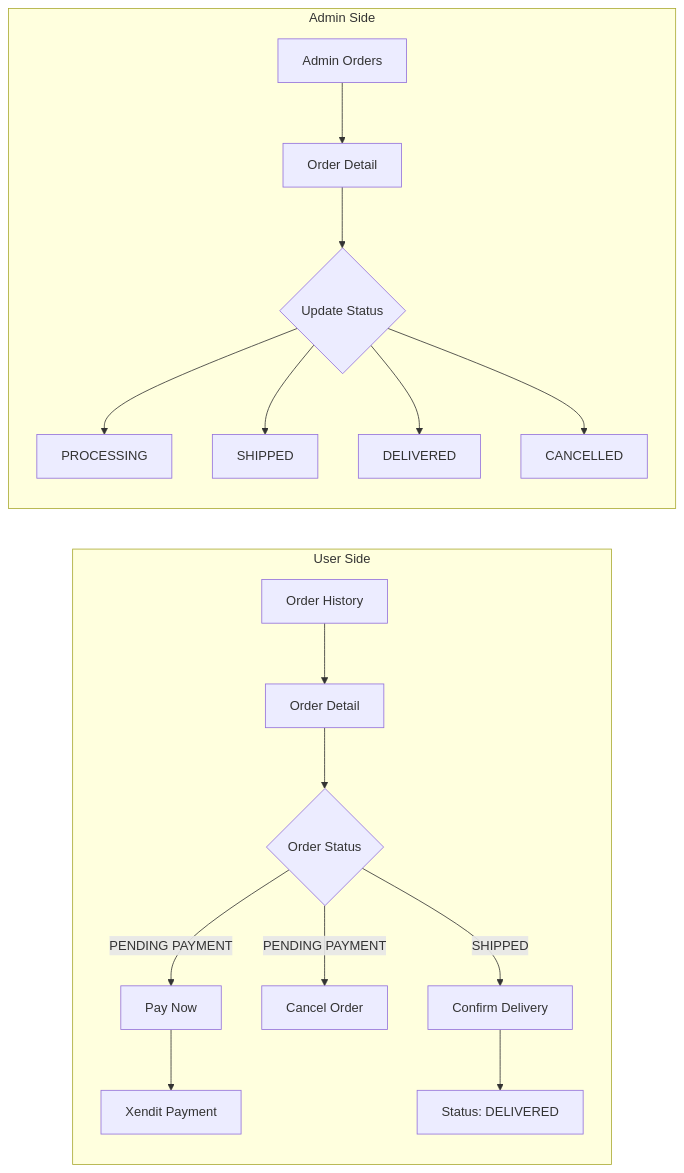
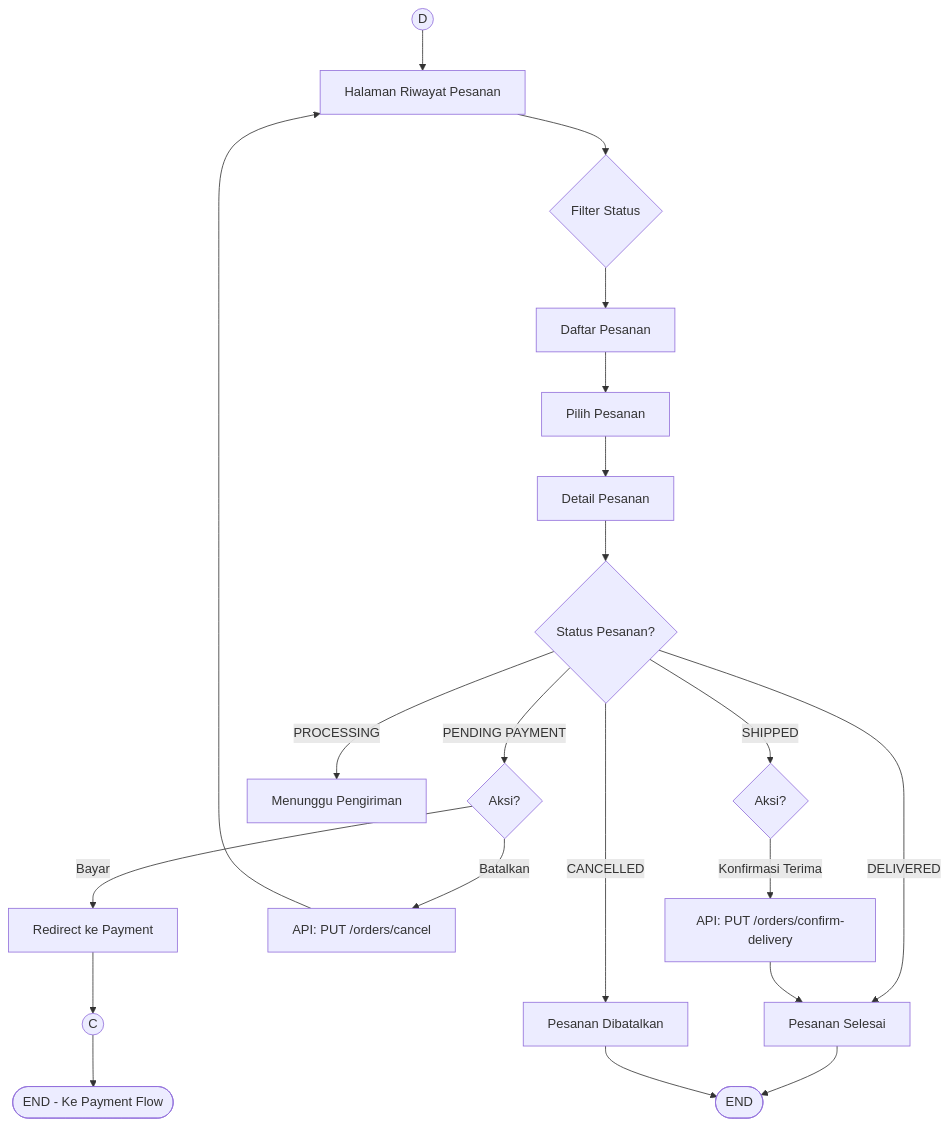
One commit to Wannzh/greeceri-store-fe changed the fifth of 7 diagrams in FLOWCHART.md. Above: the diagram before and after it, drawn with Mermaid. The commit also changed other lines of this file and 1 other file, not shown here.

Commit message:
Update flowchart with complete application flow and connectors

````diff
--- a/FLOWCHART.md
+++ b/FLOWCHART.md
@@ -144,21 +210,31 @@
 ```mermaid
-flowchart LR
-    subgraph User["User Side"]
-        A[Order History] --> B[Order Detail]
-        B --> C{Order Status}
-        C -->|PENDING PAYMENT| D[Pay Now]
-        C -->|PENDING PAYMENT| E[Cancel Order]
-        C -->|SHIPPED| F[Confirm Delivery]
-        D --> G[Xendit Payment]
-        F --> H["Status: DELIVERED"]
-    end
+flowchart TD
+    ORDER_START((D)) --> ORDER_LIST[Halaman Riwayat Pesanan]
 
-    subgraph Admin["Admin Side"]
-        I[Admin Orders] --> J[Order Detail]
-        J --> K{Update Status}
-        K --> L[PROCESSING]
-        K --> M[SHIPPED]
-        K --> N[DELIVERED]
-        K --> O[CANCELLED]
-    end
+    ORDER_LIST --> ORDER_FILTER{Filter Status}
+    ORDER_FILTER --> FILTERED_LIST[Daftar Pesanan]
+
+    FILTERED_LIST --> SELECT_ORDER[Pilih Pesanan]
+    SELECT_ORDER --> ORDER_DETAIL[Detail Pesanan]
+
+    ORDER_DETAIL --> ORDER_STATUS{Status Pesanan?}
+
+    ORDER_STATUS -->|PENDING PAYMENT| PENDING_ACT{Aksi?}
+    PENDING_ACT -->|Bayar| PAY_NOW[Redirect ke Payment]
+    PENDING_ACT -->|Batalkan| CANCEL_ORDER["API: PUT /orders/cancel"]
+
+    ORDER_STATUS -->|PROCESSING| WAIT_SHIP[Menunggu Pengiriman]
+    ORDER_STATUS -->|SHIPPED| SHIPPED_ACT{Aksi?}
+    SHIPPED_ACT -->|Konfirmasi Terima| CONFIRM_RECV["API: PUT /orders/confirm-delivery"]
+
+    ORDER_STATUS -->|DELIVERED| COMPLETED[Pesanan Selesai]
+    ORDER_STATUS -->|CANCELLED| CANCELLED[Pesanan Dibatalkan]
+
+    PAY_NOW --> PAYMENT_C((C))
+    CANCEL_ORDER --> ORDER_LIST
+    CONFIRM_RECV --> COMPLETED
+
+    COMPLETED --> END_ORDER([END])
+    CANCELLED --> END_ORDER
+    PAYMENT_C --> END_PAY([END - Ke Payment Flow])
 ```
````
